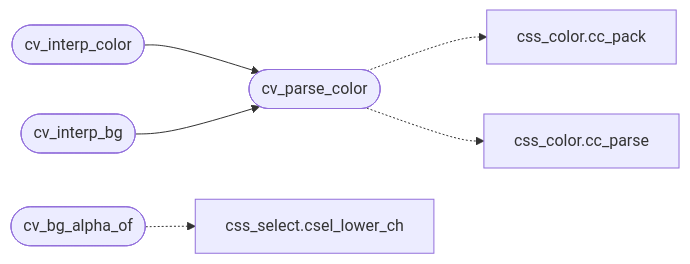
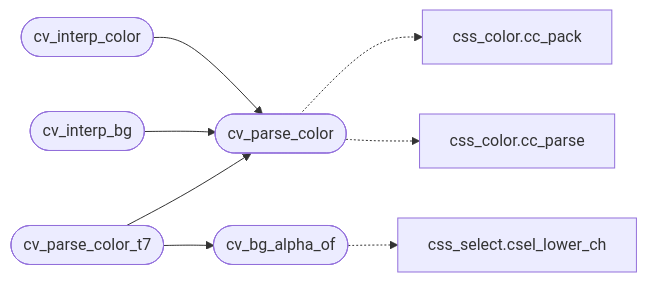
One commit to grisuno/FreeDom changed the diagram in readmenator-apidocs/modules/src.css_values.c.md. Above: the diagram before and after it, drawn with Mermaid. The commit also changed other lines of this file and 259 other files, not shown here.

````diff
--- a/readmenator-apidocs/modules/src.css_values.c.md
+++ b/readmenator-apidocs/modules/src.css_values.c.md
@@ -13,15 +13,18 @@
 ```mermaid
 flowchart LR
     n_src_css_values_c__cv_interp_color(["cv_interp_color"])
     n_src_css_values_c__cv_parse_color(["cv_parse_color"])
     n_src_css_values_c__cv_interp_bg(["cv_interp_bg"])
+    n_src_css_values_c__cv_parse_color_t7(["cv_parse_color_t7"])
+    n_src_css_values_c__cv_bg_alpha_of(["cv_bg_alpha_of"])
     n_include_css_color_h__cc_pack["css_color.cc_pack"]
     n_src_css_color_c__cc_parse["css_color.cc_parse"]
-    n_src_css_values_c__cv_bg_alpha_of(["cv_bg_alpha_of"])
     n_include_css_select_h__csel_lower_ch["css_select.csel_lower_ch"]
     n_src_css_values_c__cv_interp_color --> n_src_css_values_c__cv_parse_color
     n_src_css_values_c__cv_interp_bg --> n_src_css_values_c__cv_parse_color
+    n_src_css_values_c__cv_parse_color_t7 --> n_src_css_values_c__cv_bg_alpha_of
+    n_src_css_values_c__cv_parse_color_t7 --> n_src_css_values_c__cv_parse_color
     n_src_css_values_c__cv_parse_color -.-> n_include_css_color_h__cc_pack
     n_src_css_values_c__cv_parse_color -.-> n_src_css_color_c__cc_parse
     n_src_css_values_c__cv_bg_alpha_of -.-> n_include_css_select_h__csel_lower_ch
 ```
````
